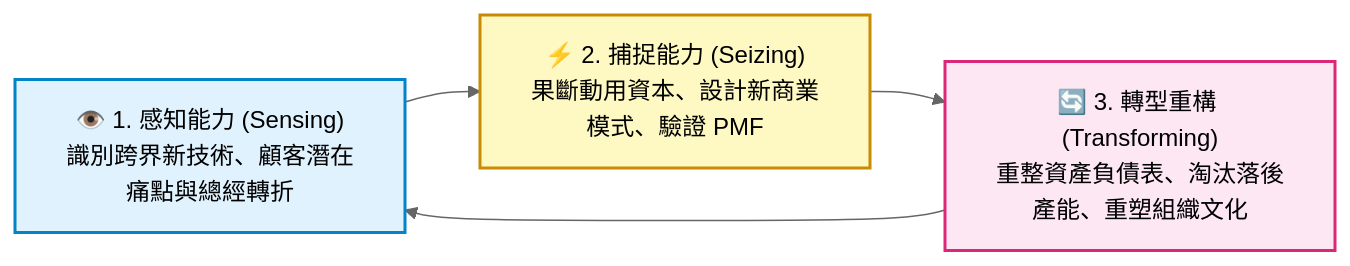
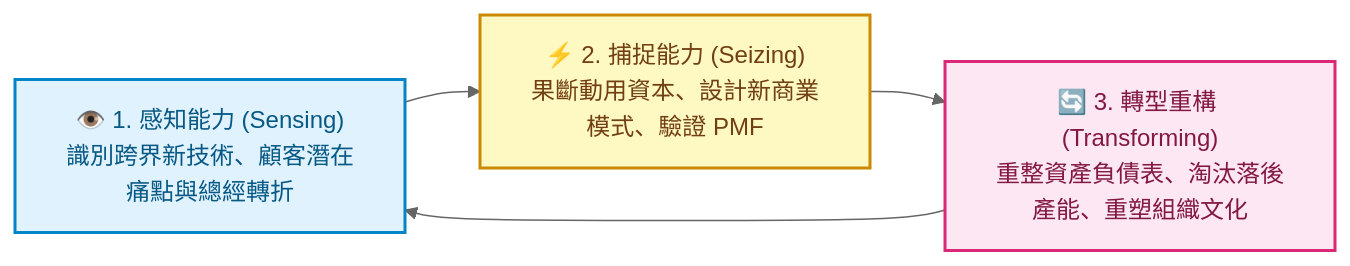
Before and after one commit to Jimlin0428/my-digital-garden: the fourth of 8 diagrams in src/site/notes/98_商業概念庫/competitive-advantage_競爭優勢.md, drawn with Mermaid (neutral theme). The commit also changed other lines of this file and 99 other files, not shown here.

````diff
--- a/src/site/notes/98_商業概念庫/competitive-advantage_競爭優勢.md
+++ b/src/site/notes/98_商業概念庫/competitive-advantage_競爭優勢.md
@@ -157,10 +157,10 @@
 ```mermaid
 flowchart LR
     Sensing["👁️ 1. 感知能力 (Sensing)<br>識別跨界新技術、顧客潛在痛點與總經轉折"] --> Seizing["⚡ 2. 捕捉能力 (Seizing)<br>果斷動用資本、設計新商業模式、驗證 PMF"]
     Seizing --> Transforming["🔄 3. 轉型重構 (Transforming)<br>重整資產負債表、淘汰落後產能、重塑組織文化"]
     Transforming --> Sensing
 
-    style Sensing fill:#e0f2fe,stroke:#0284c7,stroke-width:2px
-    style Seizing fill:#fef9c3,stroke:#ca8a04,stroke-width:2px
-    style Transforming fill:#fce7f3,stroke:#db2777,stroke-width:2px
+    style Sensing fill:#e0f2fe,stroke:#0284c7,stroke-width:2px,color:#075985
+    style Seizing fill:#fef9c3,stroke:#ca8a04,stroke-width:2px,color:#713f12
+    style Transforming fill:#fce7f3,stroke:#db2777,stroke-width:2px,color:#831843
 ```
````
